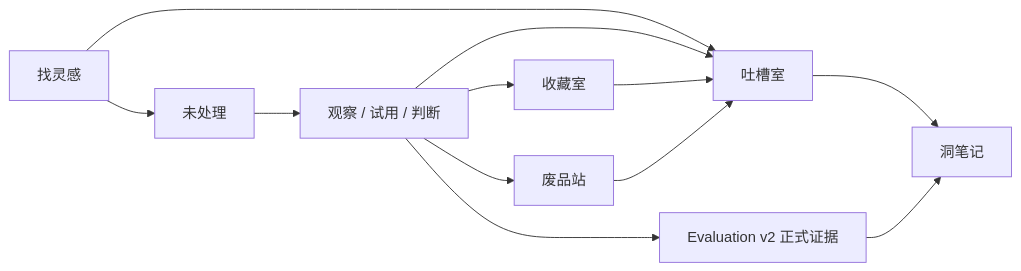
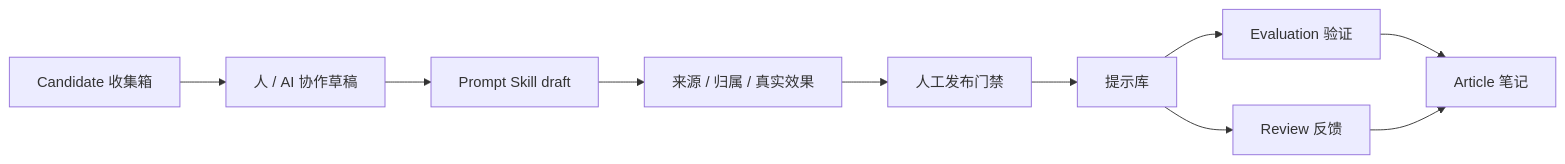
Before and after one commit to qzhqzh/LogWood: the diagram in README.md, drawn with Mermaid. The commit also changed other lines of this file and 93 other files, not shown here.

````diff
--- a/README.md
+++ b/README.md
@@ -11,14 +11,12 @@
 ```mermaid
 flowchart LR
-  I[找灵感] --> O[未处理]
-  O --> T[观察 / 试用 / 判断]
-  T --> C[收藏室]
-  T --> S[废品站]
-  T --> E[Evaluation v2 正式证据]
-  I --> Q[吐槽室]
-  T --> Q
-  C --> Q
-  S --> Q
-  Q --> N[洞笔记]
-  E --> N
+  C[Candidate 收集箱] --> D[人 / AI 协作草稿]
+  D --> P[Prompt Skill draft]
+  P --> G[来源 / 归属 / 真实效果]
+  G --> H[人工发布门禁]
+  H --> L[提示库]
+  L --> E[Evaluation 验证]
+  L --> R[Review 反馈]
+  E --> N[Article 笔记]
+  R --> N
 ```
````
